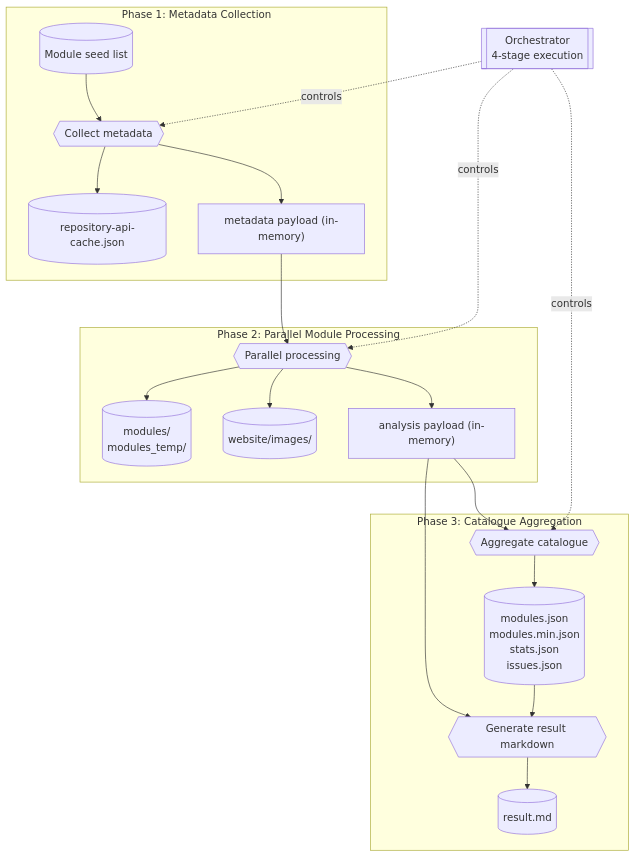
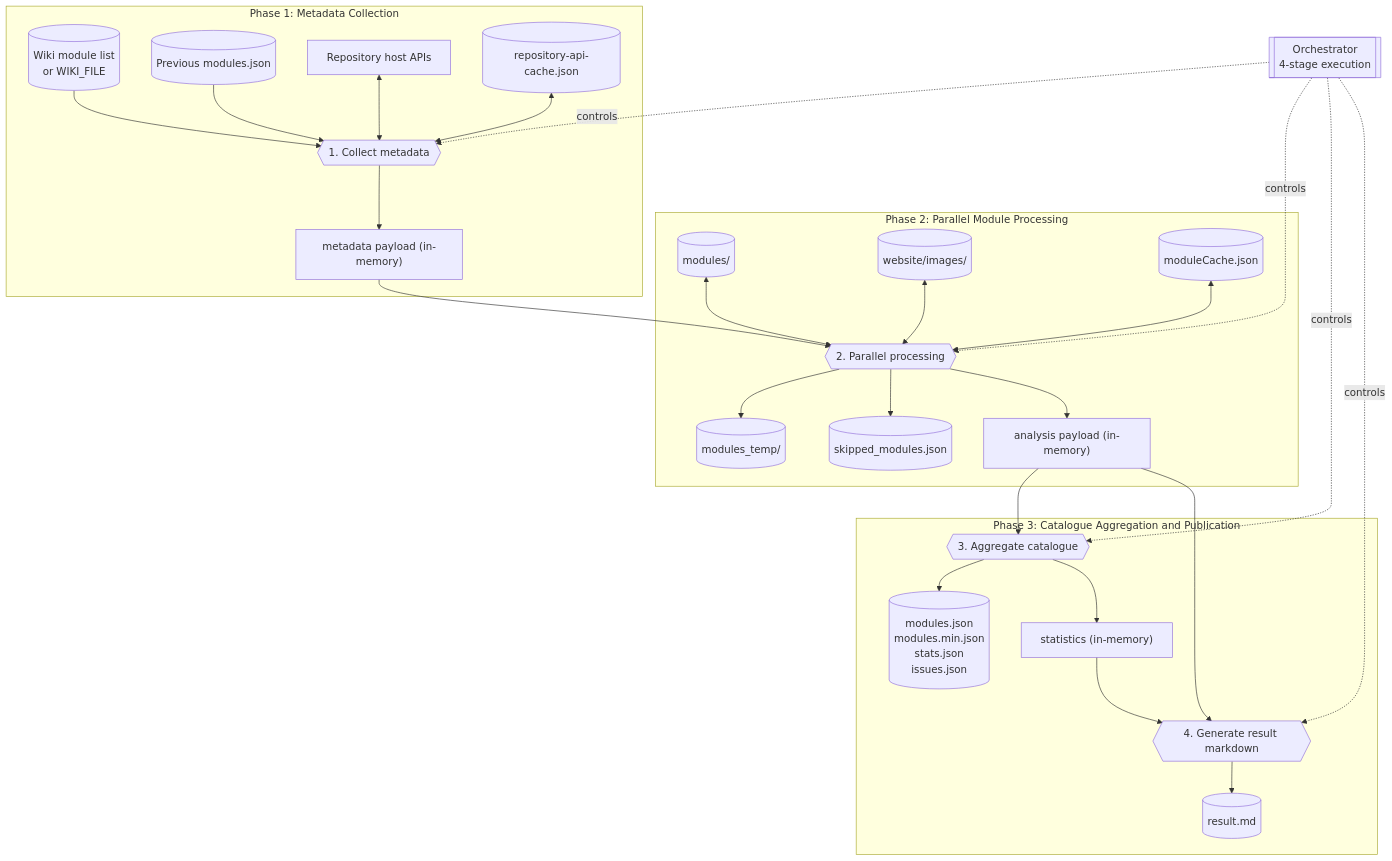
Before and after one commit to MagicMirrorOrg/MagicMirror-3rd-Party-Modules: the first of 3 diagrams in docs/architecture.md, drawn with Mermaid. The commit also changed other lines of this file and 12 other files, not shown here.

````diff
--- a/docs/architecture.md
+++ b/docs/architecture.md
@@ -20,29 +20,36 @@
 ```mermaid
 flowchart TB
   orchestrator[[Orchestrator<br>4-stage execution]]
 
-  subgraph Phase 1: Metadata Collection
-    seed[("Module seed list")] --> collect{{Collect metadata}}
-    collect --> cache[("repository-api-cache.json")]
+  subgraph metadataPhase["Phase 1: Metadata Collection"]
+    seed[("Wiki module list<br>or WIKI_FILE")] --> collect{{"1. Collect metadata"}}
+    previous[("Previous modules.json")] --> collect
+    hosts["Repository host APIs"] <--> collect
+    apiCache[("repository-api-cache.json")] <--> collect
     collect --> metadata["metadata payload (in-memory)"]
   end
 
-  subgraph Phase 2: Parallel Module Processing
-    metadata --> parallel{{Parallel processing}}
-    parallel --> clones[("modules/<br>modules_temp/")]
-    parallel --> images[("website/images/")]
+  subgraph processingPhase["Phase 2: Parallel Module Processing"]
+    metadata --> parallel{{"2. Parallel processing"}}
+    clones[("modules/")] <--> parallel
+    parallel --> staging[("modules_temp/")]
+    images[("website/images/")] <--> parallel
+    analysisCache[("moduleCache.json")] <--> parallel
+    parallel --> skipped[("skipped_modules.json")]
     parallel --> analysisPayload["analysis payload (in-memory)"]
   end
 
-  subgraph Phase 3: Catalogue Aggregation
-    analysisPayload --> aggregate{{Aggregate catalogue}}
+  subgraph publicationPhase["Phase 3: Catalogue Aggregation and Publication"]
+    analysisPayload --> aggregate{{"3. Aggregate catalogue"}}
     aggregate --> outputs[("modules.json<br>modules.min.json<br>stats.json<br>issues.json")]
-    analysisPayload --> result{{Generate result markdown}}
-    outputs --> result
+    aggregate --> stats["statistics (in-memory)"]
+    analysisPayload --> result{{"4. Generate result markdown"}}
+    stats --> result
     result --> resultMd[("result.md")]
   end
 
   orchestrator -.controls.-> collect
   orchestrator -.controls.-> parallel
   orchestrator -.controls.-> aggregate
+  orchestrator -.controls.-> result
 ```
````
